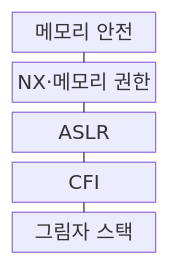
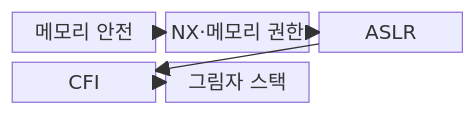
Before and after one commit to agnusdei1207/knowledge-base: the first of 2 diagrams in src/content/docs/notes/05-security/050_shellcode_rop.md, drawn with Mermaid. The commit also changed other lines of this file and 20 other files, not shown here.

````diff
--- a/src/content/docs/notes/05-security/050_shellcode_rop.md
+++ b/src/content/docs/notes/05-security/050_shellcode_rop.md
@@ -58,13 +58,13 @@
 ```mermaid
 block-beta
-  columns 1
+  columns 3
   A["메모리 안전"]
   B["NX·메모리 권한"]
   C["ASLR"]
   D["CFI"]
   E["그림자 스택"]
-  A --- B
-  B --- C
-  C --- D
-  D --- E
+  A --> B
+  B --> C
+  C --> D
+  D --> E
 ```
````
